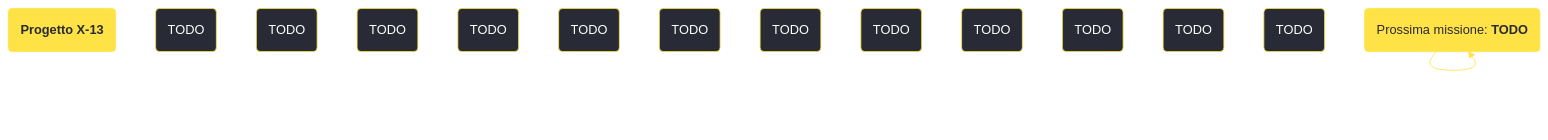
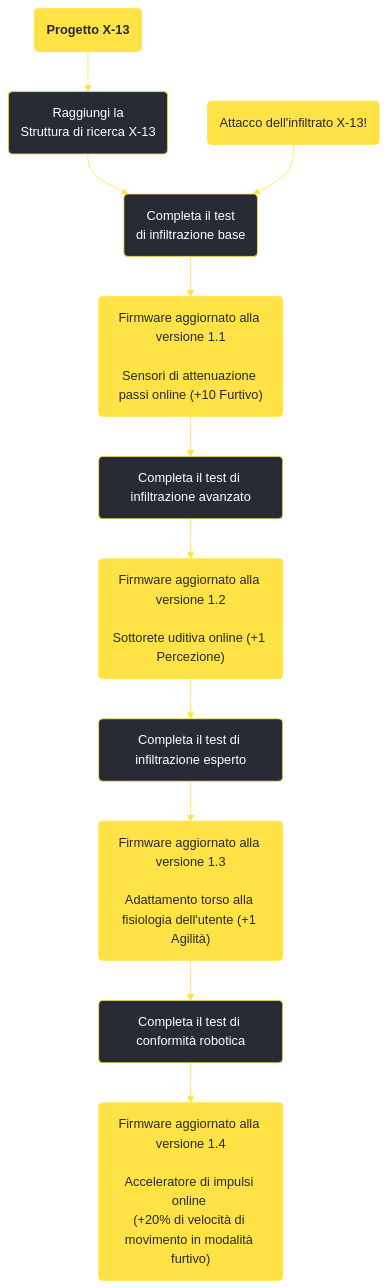
One commit to persy/wastelander changed the diagram in content/voci/fallout new vegas/missioni/Progetto X-13.md. Above: the diagram before and after it, drawn with Mermaid. The commit also changed other lines of this file and 174 other files, not shown here.

````diff
--- a/content/voci/fallout new vegas/missioni/Progetto X-13.md
+++ b/content/voci/fallout new vegas/missioni/Progetto X-13.md
@@ -32,24 +32,26 @@
 ```mermaid
 %%{init: {'theme': 'base', 'themeVariables': { 'primaryColor': '#282a36', 'primaryBorderColor': '#ffe245', 'primaryTextColor': '#fff', 'lineColor': '#ffe245', 'fontFamily': 'Jura'}}}%%
 graph TD;
     id1(<b>Progetto X-13</b>):::questfnv
-    id2(TODO)
-    id3(TODO)
-    id4(TODO)
-    id5(TODO)
-    id6(TODO)
-    id7(TODO) 
-    id8(TODO)
-    id9(TODO)
-    id10(TODO)
-    id11(TODO)
-    id12(TODO)
-    id13(TODO) 
-    id(TODO):::rewardfnv
-    id(Prossima missione: <b>TODO</b>):::questfnv
-    id-->id-->id-->id-->id-->id-->id
+    id2(Raggiungi la <br />Struttura di ricerca X-13)
+    id3("Attacco dell'infiltrato X-13!"):::questfnv
+    id4(Completa il test <br />di infiltrazione base)
+    id5("Firmware aggiornato alla versione 1.1<br />
+Sensori di attenuazione passi online (+10 Furtivo)"):::rewardfnv
+    id6(Completa il test di infiltrazione avanzato)
+    id7("Firmware aggiornato alla versione 1.2<br />
+Sottorete uditiva online (+1 Percezione)"):::rewardfnv 
+    id8(Completa il test di infiltrazione esperto)
+    id9("Firmware aggiornato alla versione 1.3<br />
+Adattamento torso alla fisiologia dell'utente (+1 Agilità)"):::rewardfnv
+    id10(Completa il test di conformità robotica)
+    id11("Firmware aggiornato alla versione 1.4<br />
+Acceleratore di impulsi online <br />(+20% di velocità di movimento in modalità furtivo)"):::rewardfnv
     
-    click id "../TODO"
+    id1-->id2-->id4-->id5-->id6-->id7-->id8-->id9-->id10-->id11
+    id3-->id4
+
+    click id "../attacco-dellinfiltrato-x-13"
     classDef rewardfnv fill:#ffe245, stroke:#ffe245, color:#282a36;
     classDef questfnv fill:#ffe245, stroke:#ffe245, color:#282a36;
 ```
````
